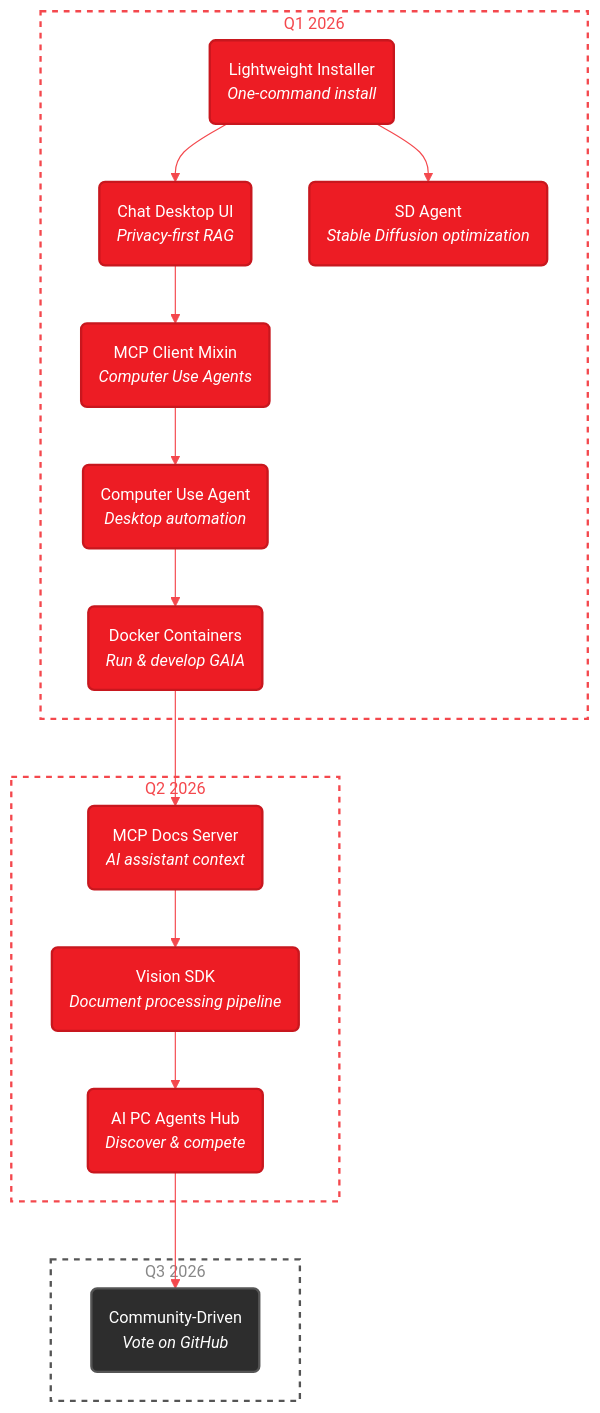
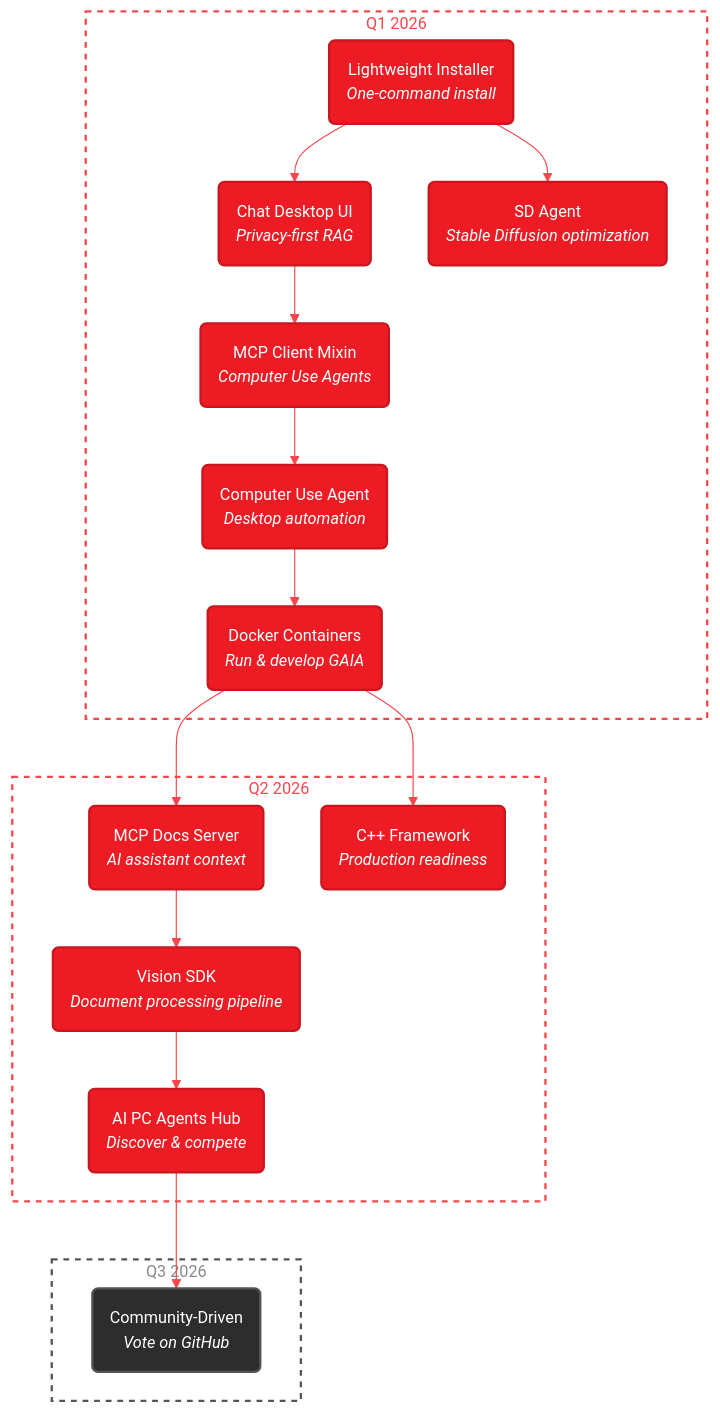
One commit to amd/gaia changed the diagram in docs/roadmap.mdx. Above: the diagram before and after it, drawn with Mermaid. The commit also changed other lines of this file and 7 other files, not shown here.

First line of the commit message:
Restructure C++ framework docs, add production readiness content and roadmap

````diff
--- a/docs/roadmap.mdx
+++ b/docs/roadmap.mdx
@@ -28,47 +28,50 @@
 ```mermaid
 %%{init: {'theme':'base', 'themeVariables': { 'primaryColor':'#ED1C24', 'primaryTextColor':'#fff', 'primaryBorderColor':'#C8171E', 'lineColor':'#F4484D', 'secondaryColor':'#2d2d2d', 'tertiaryColor':'#f5f5f5', 'fontSize':'14px', 'fontFamily': 'system-ui, -apple-system, sans-serif'}}}%%
 graph TD
     subgraph Q1["Q1 2026"]
         A("Lightweight Installer<br/><i>One-command install</i>")
         B("Chat Desktop UI<br/><i>Privacy-first RAG</i>")
         C("MCP Client Mixin<br/><i>Computer Use Agents</i>")
         C2("Computer Use Agent<br/><i>Desktop automation</i>")
         D("Docker Containers<br/><i>Run & develop GAIA</i>")
         E("SD Agent<br/><i>Stable Diffusion optimization</i>")
     end
 
     subgraph Q2["Q2 2026"]
         F("MCP Docs Server<br/><i>AI assistant context</i>")
         G("AI PC Agents Hub<br/><i>Discover & compete</i>")
         V("Vision SDK<br/><i>Document processing pipeline</i>")
+        CPP("C++ Framework<br/><i>Production readiness</i>")
     end
 
     subgraph Q3["Q3 2026"]
         H("Community-Driven<br/><i>Vote on GitHub</i>")
     end
 
     A --> B
     A --> E
     B --> C
     C --> C2
     C2 --> D
     D --> F
+    D --> CPP
     F --> V
     V --> G
     G --> H
 
     style A fill:#ED1C24,stroke:#C8171E,stroke-width:2px,color:#fff
     style B fill:#ED1C24,stroke:#C8171E,stroke-width:2px,color:#fff
     style C fill:#ED1C24,stroke:#C8171E,stroke-width:2px,color:#fff
     style C2 fill:#ED1C24,stroke:#C8171E,stroke-width:2px,color:#fff
     style D fill:#ED1C24,stroke:#C8171E,stroke-width:2px,color:#fff
     style E fill:#ED1C24,stroke:#C8171E,stroke-width:2px,color:#fff
     style V fill:#ED1C24,stroke:#C8171E,stroke-width:2px,color:#fff
     style F fill:#ED1C24,stroke:#C8171E,stroke-width:2px,color:#fff
     style G fill:#ED1C24,stroke:#C8171E,stroke-width:2px,color:#fff
+    style CPP fill:#ED1C24,stroke:#C8171E,stroke-width:2px,color:#fff
     style H fill:#2d2d2d,stroke:#555,stroke-width:2px,color:#fff
 
     style Q1 fill:transparent,stroke:#F4484D,stroke-width:2px,stroke-dasharray: 5 5,color:#F4484D
     style Q2 fill:transparent,stroke:#F4484D,stroke-width:2px,stroke-dasharray: 5 5,color:#F4484D
     style Q3 fill:transparent,stroke:#555,stroke-width:2px,stroke-dasharray: 5 5,color:#888
 ```
````
